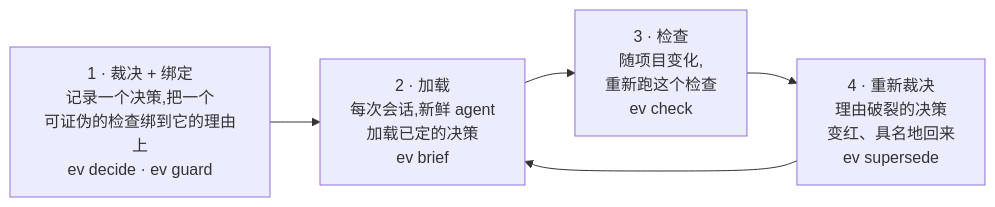
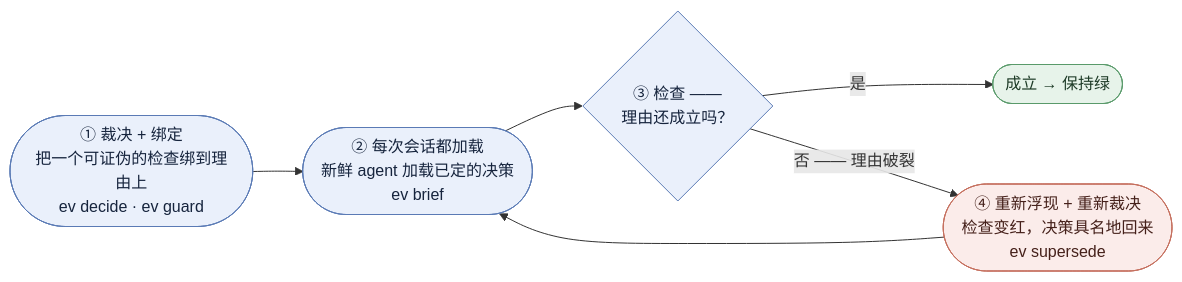
The diagram in README.zh-CN.md (wan9yu/evolving), drawn with Mermaid before and after one commit. The commit also changed other lines of this file and 1 other file, not shown here.

Commit message:
docs: redraw the How-it-works diagram + make zh punctuation full-width-consistent
The diagram now branches on the distinctive trigger — a decision diamond 'is the
reason still true?' splitting to green (holds) vs a red resurface+re-decide step —
so the premise-falsification mechanism is visual, not just prose. Adds tasteful
semantic colour (step / holds / alert) via classDef. The zh 'how it works' prose,
which had drifted to half-width punctuation, is now full-width-consistent with the
rest of the zh README.

````diff
--- a/README.zh-CN.md
+++ b/README.zh-CN.md
@@ -25,8 +25,18 @@
 ```mermaid
 flowchart LR
-    D["1 · 裁决 + 绑定<br/>记录一个决策,把一个<br/>可证伪的检查绑到它的理由上<br/>ev decide · ev guard"]
-    B["2 · 加载<br/>每次会话,新鲜 agent<br/>加载已定的决策<br/>ev brief"]
-    C["3 · 检查<br/>随项目变化,<br/>重新跑这个检查<br/>ev check"]
-    R["4 · 重新裁决<br/>理由破裂的决策<br/>变红、具名地回来<br/>ev supersede"]
-    D --> B --> C --> R --> B
+    D(["① 裁决 + 绑定<br/>把一个可证伪的检查绑到理由上<br/>ev decide · ev guard"])
+    H(["② 每次会话都加载<br/>新鲜 agent 加载已定的决策<br/>ev brief"])
+    C{"③ 检查 ——<br/>理由还成立吗？"}
+    OK(["成立 → 保持绿"])
+    R(["④ 重新浮现 + 重新裁决<br/>检查变红，决策具名地回来<br/>ev supersede"])
+    D --> H --> C
+    C -->|是| OK
+    C -->|"否 —— 理由破裂"| R
+    R --> H
+    classDef step fill:#eaf0fb,stroke:#5b7bb5,color:#16243d;
+    classDef good fill:#e7f3ea,stroke:#5a9a6b,color:#1d3a26;
+    classDef alert fill:#fbecea,stroke:#c5705f,color:#45201a;
+    class D,H,C step
+    class OK good
+    class R alert
 ```
````
